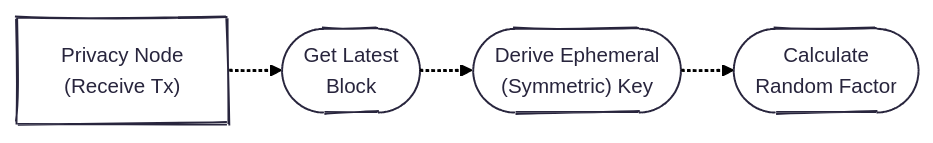
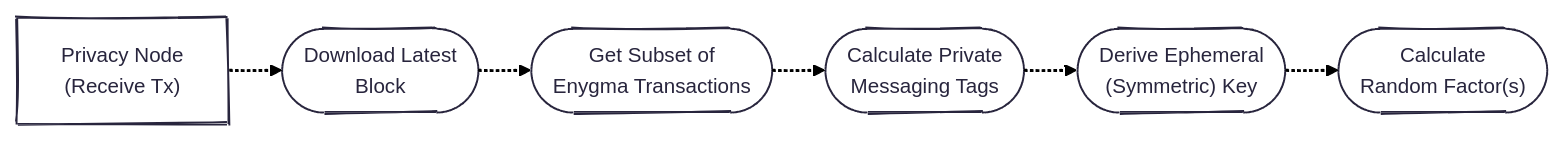
The seventh of 9 diagrams in enygma_payments/README.md (raylsnetwork/Enygma), drawn with Mermaid before and after one commit. The commit also changed other lines of this file, not shown here.

````diff
--- a/enygma_payments/README.md
+++ b/enygma_payments/README.md
@@ -171,18 +172,21 @@
 ```mermaid
 ---
 config:
   theme: redux
   layout: elk
   look: handDrawn
 ---
 flowchart LR
 
     %% PL (Receive)
     pl_receive["Privacy Node<br>(Receive Tx)"]
+    getblock_receive(["Download Latest<br>Block"])
+    get_anon_set(["Get Subset of<br>Enygma Transactions"])
+    calc_tags(["Calculate Private<br>Messaging Tags"])
     derivereceivekey(["Derive Ephemeral<br>(Symmetric) Key"])
-    calcR_receive(["Calculate<br>Random Factor"])
-    getblock_receive(["Get Latest<br>Block"])
+    calc_r(["Calculate<br>Random Factor(s)"])
 
-    pl_receive -.-> getblock_receive -.-> derivereceivekey -.-> calcR_receive
+
+    pl_receive -.-> getblock_receive -.-> get_anon_set -.->  calc_tags -.-> derivereceivekey -.-> calc_r
 
 ```
````
